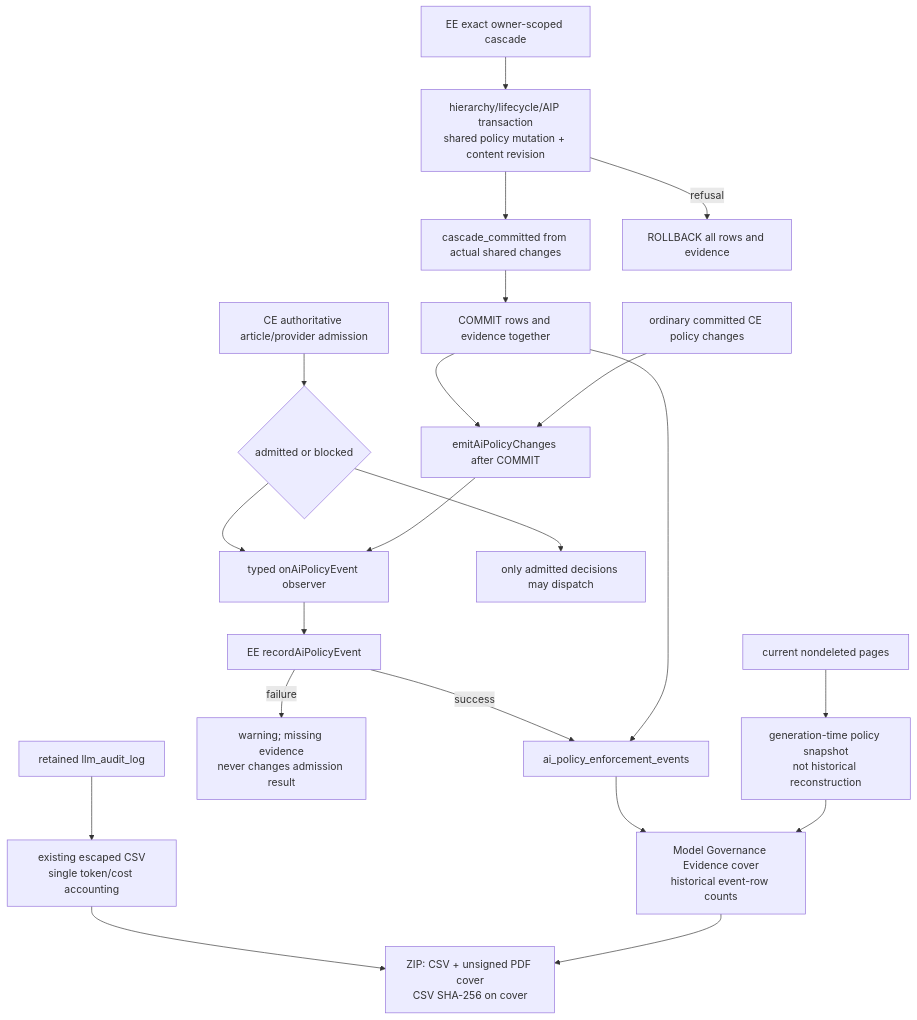
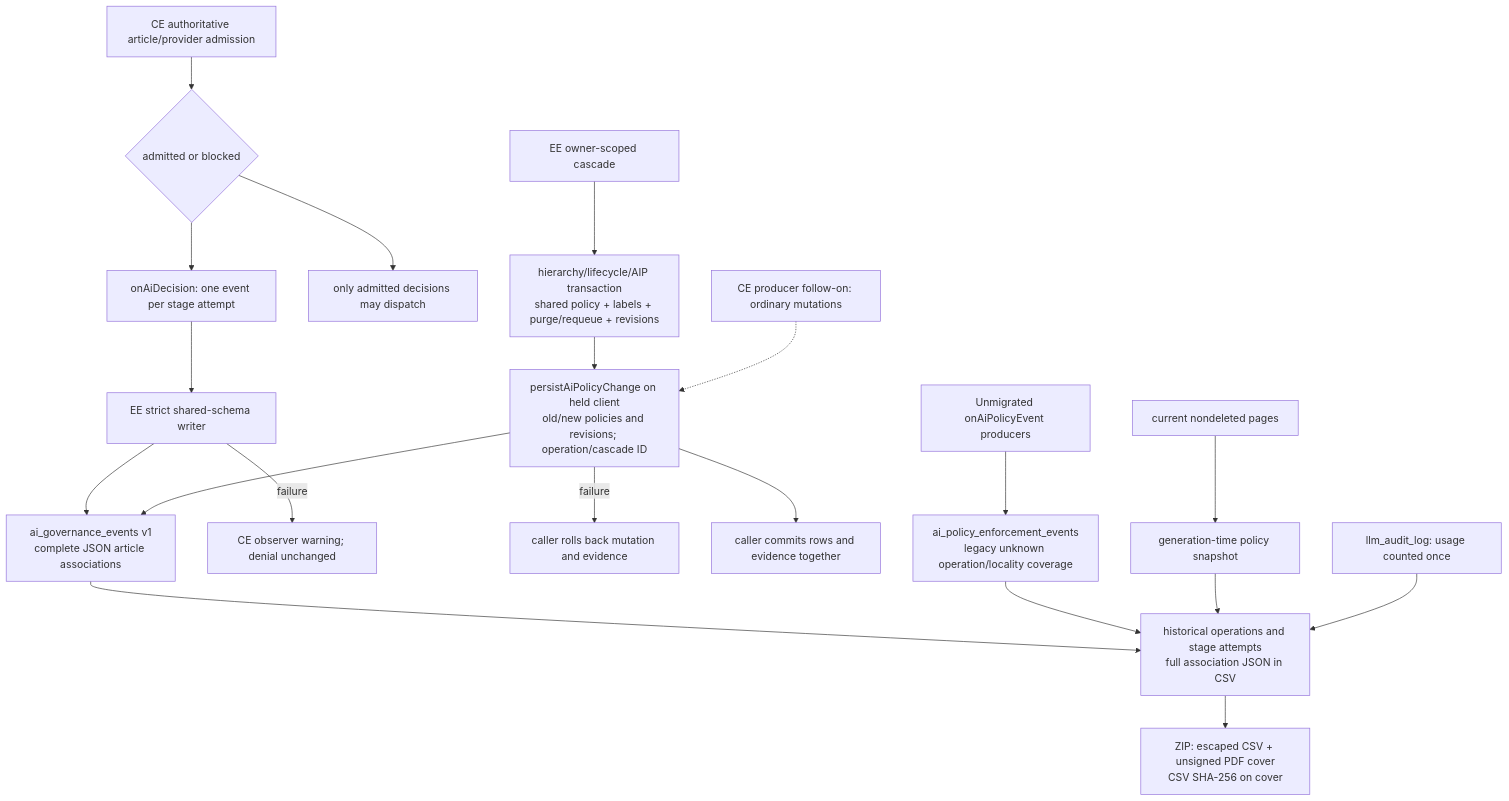
One commit to Compendiq/compendiq-ce changed the diagram in docs/architecture/13-flow-ai-policy-audit.md. Above: the diagram before and after it, drawn with Mermaid. The commit also changed other lines of this file and 18 other files, not shown here.

````diff
--- a/docs/architecture/13-flow-ai-policy-audit.md
+++ b/docs/architecture/13-flow-ai-policy-audit.md
@@ -3,23 +3,22 @@
 ```mermaid
 flowchart TD
     admission["CE authoritative article/provider admission"] --> decision{"admitted or blocked"}
-    decision --> hook["typed onAiPolicyEvent observer"]
+    decision --> typed["onAiDecision: one event per stage attempt"]
     decision --> dispatch["only admitted decisions may dispatch"]
-    cascade["EE exact owner-scoped cascade"] --> transaction["hierarchy/lifecycle/AIP transaction<br/>shared policy mutation + content revision"]
-    transaction --> evidence["cascade_committed from actual shared changes"]
-    evidence --> commit["COMMIT rows and evidence together"]
-    transaction -->|refusal| rollback["ROLLBACK all rows and evidence"]
-    commit --> changes["emitAiPolicyChanges after COMMIT"]
-    ordinary["ordinary committed CE policy changes"] --> changes
-    changes --> hook
-    hook --> writer["EE recordAiPolicyEvent"]
-    writer -->|success| events["ai_policy_enforcement_events"]
-    writer -->|failure| warning["warning; missing evidence<br/>never changes admission result"]
-    commit --> events
-    events --> report["Model Governance Evidence cover<br/>historical event-row counts"]
-    pages["current nondeleted pages"] --> snapshot["generation-time policy snapshot<br/>not historical reconstruction"]
+    typed --> writer["EE strict shared-schema writer"]
+    writer --> events["ai_governance_events v1<br/>complete JSON article associations"]
+    writer -->|failure| warning["CE observer warning; denial unchanged"]
+    cascade["EE owner-scoped cascade"] --> transaction["hierarchy/lifecycle/AIP transaction<br/>shared policy + labels + purge/requeue + revisions"]
+    transaction --> held["persistAiPolicyChange on held client<br/>old/new policies and revisions; operation/cascade ID"]
+    held --> events
+    held -->|failure| rollback["caller rolls back mutation and evidence"]
+    held --> commit["caller commits rows and evidence together"]
+    ordinary["CE producer follow-on: ordinary mutations"] -.-> held
+    legacy["Unmigrated onAiPolicyEvent producers"] --> old["ai_policy_enforcement_events<br/>legacy unknown operation/locality coverage"]
+    events --> report["historical operations and stage attempts<br/>full association JSON in CSV"]
+    old --> report
+    pages["current nondeleted pages"] --> snapshot["generation-time policy snapshot"]
     snapshot --> report
-    audit["retained llm_audit_log"] --> csv["existing escaped CSV<br/>single token/cost accounting"]
-    csv --> zip["ZIP: CSV + unsigned PDF cover<br/>CSV SHA-256 on cover"]
-    report --> zip
+    usage["llm_audit_log: usage counted once"] --> report
+    report --> zip["ZIP: escaped CSV + unsigned PDF cover<br/>CSV SHA-256 on cover"]
 ```
````
